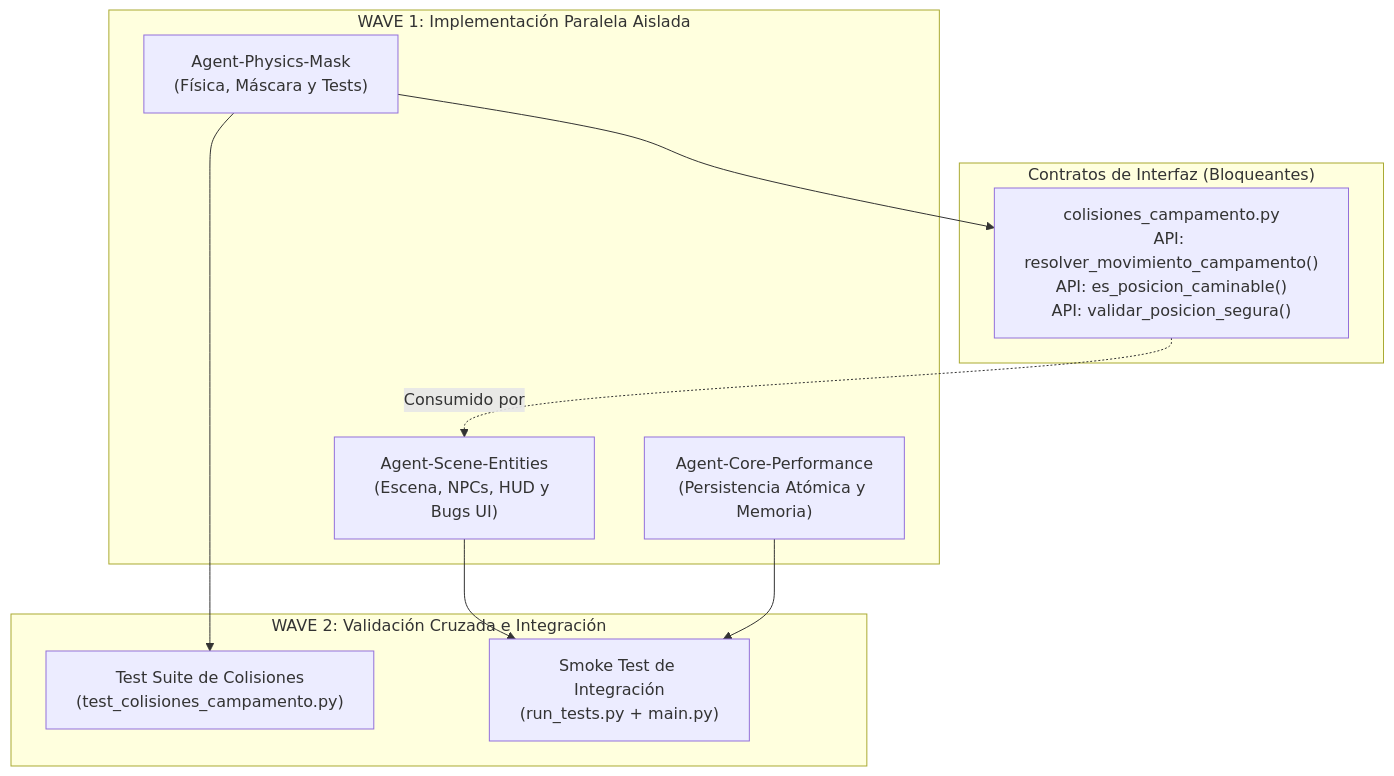
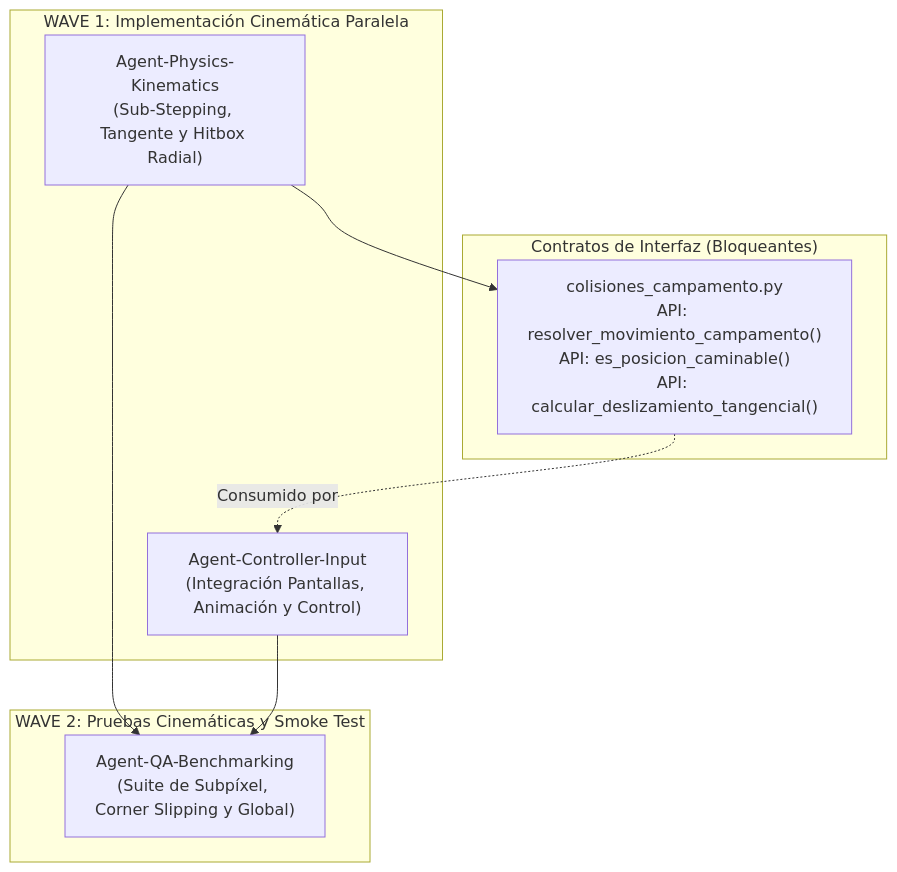
Before and after one commit to Montoyaescobar/Un-juego-sobre-un-laberinto: the diagram in TASKS.md, drawn with Mermaid. The commit also changed other lines of this file, not shown here.

````diff
--- a/TASKS.md
+++ b/TASKS.md
@@ -16,23 +18,20 @@
 ```mermaid
 graph TD
-    subgraph "WAVE 1: Implementación Paralela Aislada"
-        A1["Agent-Physics-Mask<br/>(Física, Máscara y Tests)"]
-        A2["Agent-Scene-Entities<br/>(Escena, NPCs, HUD y Bugs UI)"]
-        A3["Agent-Core-Performance<br/>(Persistencia Atómica y Memoria)"]
+    subgraph "WAVE 1: Implementación Cinemática Paralela"
+        A1["Agent-Physics-Kinematics<br/>(Sub-Stepping, Tangente y Hitbox Radial)"]
+        A2["Agent-Controller-Input<br/>(Integración Pantallas, Animación y Control)"]
     end
 
     subgraph "Contratos de Interfaz (Bloqueantes)"
-        C1["colisiones_campamento.py<br/>API: resolver_movimiento_campamento()<br/>API: es_posicion_caminable()<br/>API: validar_posicion_segura()"]
+        C1["colisiones_campamento.py<br/>API: resolver_movimiento_campamento()<br/>API: es_posicion_caminable()<br/>API: calcular_deslizamiento_tangencial()"]
     end
 
-    subgraph "WAVE 2: Validación Cruzada e Integración"
-        V1["Test Suite de Colisiones<br/>(test_colisiones_campamento.py)"]
-        V2["Smoke Test de Integración<br/>(run_tests.py + main.py)"]
+    subgraph "WAVE 2: Pruebas Cinemáticas y Smoke Test"
+        A3["Agent-QA-Benchmarking<br/>(Suite de Subpíxel, Corner Slipping y Global)"]
     end
 
     A1 --> C1
     C1 -. Consumido por .-> A2
-    A1 --> V1
-    A2 --> V2
-    A3 --> V2
+    A1 --> A3
+    A2 --> A3
 ```
````
